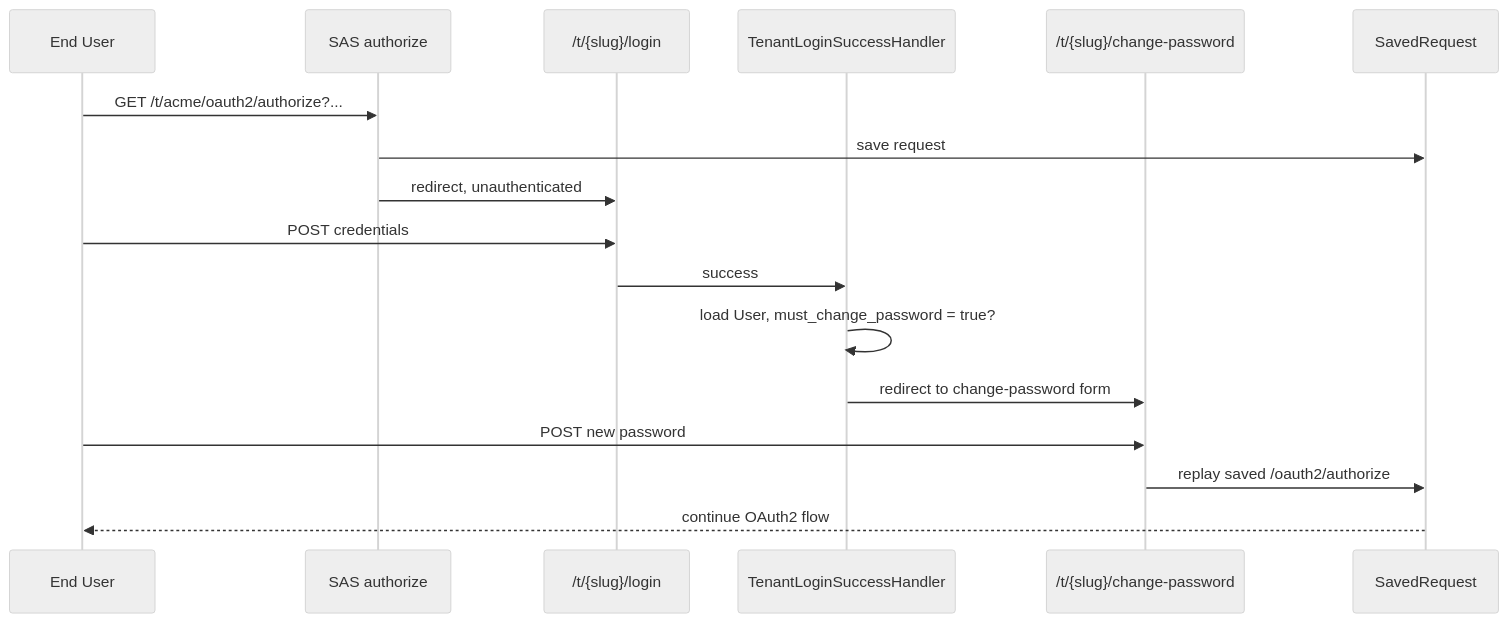
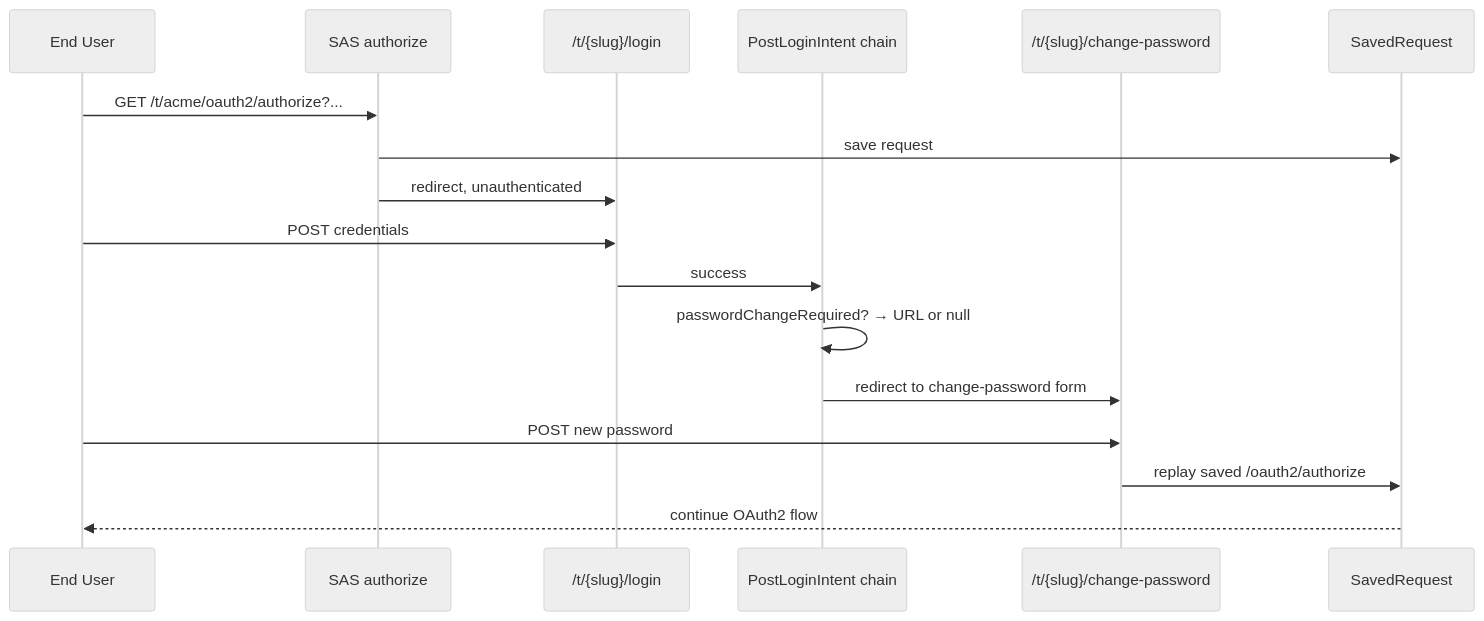
Before and after one commit to stucray/limen: the fifth of 6 diagrams in docs/ARCHITECTURE.md, drawn with Mermaid (neutral theme). The commit also changed other lines of this file and 1 other file, not shown here.

First line of the commit message:
docs: refresh architecture + ubiquitous language for current state

````diff
--- a/docs/ARCHITECTURE.md
+++ b/docs/ARCHITECTURE.md
@@ -289,20 +301,20 @@
 ```mermaid
 sequenceDiagram
     participant U as End User
     participant SAS as SAS authorize
     participant L as /t/{slug}/login
-    participant H as TenantLoginSuccessHandler
+    participant IC as PostLoginIntent chain
     participant CP as /t/{slug}/change-password
     participant SR as SavedRequest
 
     U->>SAS: GET /t/acme/oauth2/authorize?...
     SAS->>SR: save request
     SAS->>L: redirect, unauthenticated
     U->>L: POST credentials
-    L->>H: success
-    H->>H: load User, must_change_password = true?
-    H->>CP: redirect to change-password form
+    L->>IC: success
+    IC->>IC: passwordChangeRequired? → URL or null
+    IC->>CP: redirect to change-password form
     U->>CP: POST new password
     CP->>SR: replay saved /oauth2/authorize
     SR-->>U: continue OAuth2 flow
 ```
````
